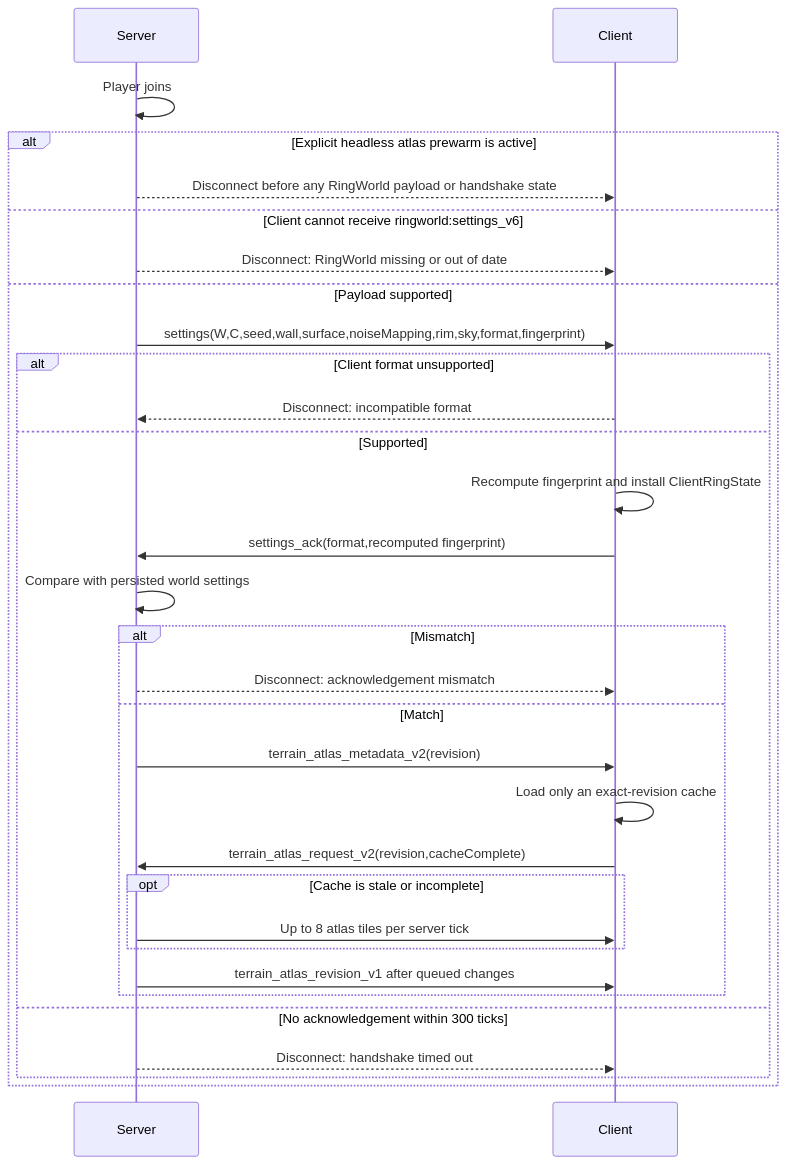
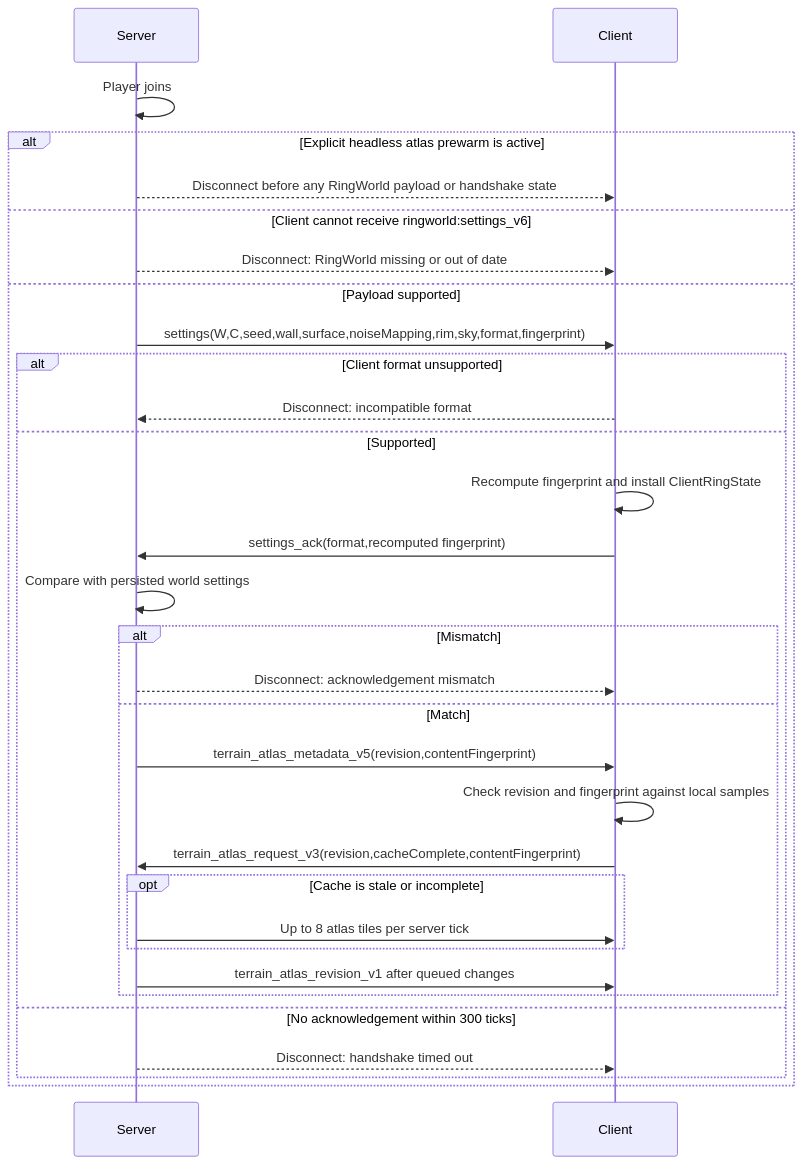
One commit to Delaser/RingWorld changed the diagram in docs/NETWORK_PROTOCOL.md. Above: the diagram before and after it, drawn with Mermaid. The commit also changed other lines of this file and 14 other files, not shown here.

````diff
--- a/docs/NETWORK_PROTOCOL.md
+++ b/docs/NETWORK_PROTOCOL.md
@@ -48,33 +48,33 @@
 ```mermaid
 sequenceDiagram
     participant S as Server
     participant C as Client
     S->>S: Player joins
     alt Explicit headless atlas prewarm is active
         S-->>C: Disconnect before any RingWorld payload or handshake state
     else Client cannot receive ringworld:settings_v6
         S-->>C: Disconnect: RingWorld missing or out of date
     else Payload supported
         S->>C: settings(W,C,seed,wall,surface,noiseMapping,rim,sky,format,fingerprint)
         alt Client format unsupported
             C-->>S: Disconnect: incompatible format
         else Supported
             C->>C: Recompute fingerprint and install ClientRingState
             C->>S: settings_ack(format,recomputed fingerprint)
             S->>S: Compare with persisted world settings
             alt Mismatch
                 S-->>C: Disconnect: acknowledgement mismatch
             else Match
-                S->>C: terrain_atlas_metadata_v2(revision)
-                C->>C: Load only an exact-revision cache
-                C->>S: terrain_atlas_request_v2(revision,cacheComplete)
+                S->>C: terrain_atlas_metadata_v5(revision,contentFingerprint)
+                C->>C: Check revision and fingerprint against local samples
+                C->>S: terrain_atlas_request_v3(revision,cacheComplete,contentFingerprint)
                 opt Cache is stale or incomplete
                     S->>C: Up to 8 atlas tiles per server tick
                 end
                 S->>C: terrain_atlas_revision_v1 after queued changes
             end
         else No acknowledgement within 300 ticks
             S-->>C: Disconnect: handshake timed out
         end
     end
 ```
````
